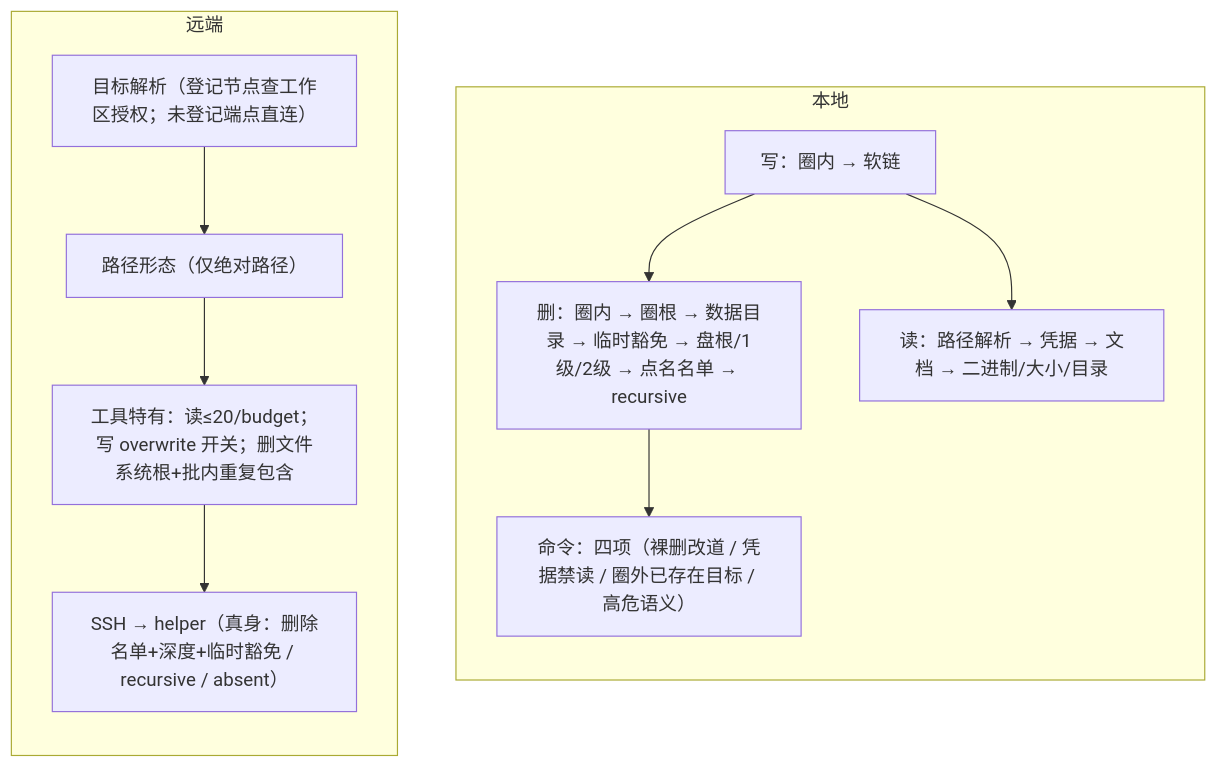
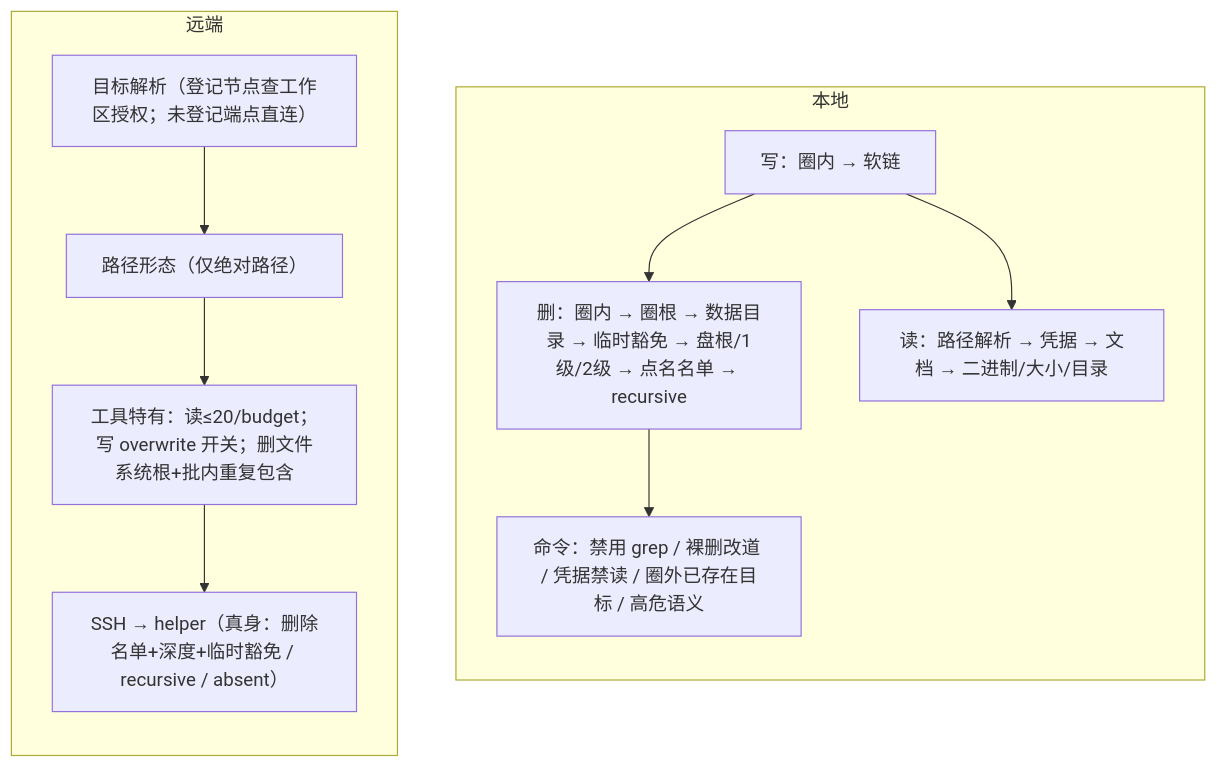
The diagram in docs/safety-fence.md (Bronya0/ally-agent), drawn with Mermaid before and after one commit. The commit also changed other lines of this file and 61 other files, not shown here.

````diff
--- a/docs/safety-fence.md
+++ b/docs/safety-fence.md
@@ -21,15 +21,15 @@
 ```mermaid
 flowchart TB
   subgraph L["本地"]
     direction TB
     L1["写：圈内 → 软链"]:::core --> L2["删：圈内 → 圈根 → 数据目录 → 临时豁免 → 盘根/1级/2级 → 点名名单 → recursive"]:::ev
-    L2 --> L3["命令：四项（裸删改道 / 凭据禁读 / 圈外已存在目标 / 高危语义）"]:::exec
+    L2 --> L3["命令：禁用 grep / 裸删改道 / 凭据禁读 / 圈外已存在目标 / 高危语义"]:::exec
     L1 --> L4["读：路径解析 → 凭据 → 文档 → 二进制/大小/目录"]:::prov
   end
   subgraph R["远端"]
     direction TB
     R1["目标解析（登记节点查工作区授权；未登记端点直连）"]:::llm --> R2["路径形态（仅绝对路径）"]:::core
     R2 --> R3["工具特有：读≤20/budget；写 overwrite 开关；删文件系统根+批内重复包含"]:::ev
     R3 --> R4["SSH → helper（真身：删除名单+深度+临时豁免 / recursive / absent）"]:::risk
   end
 ```
````
